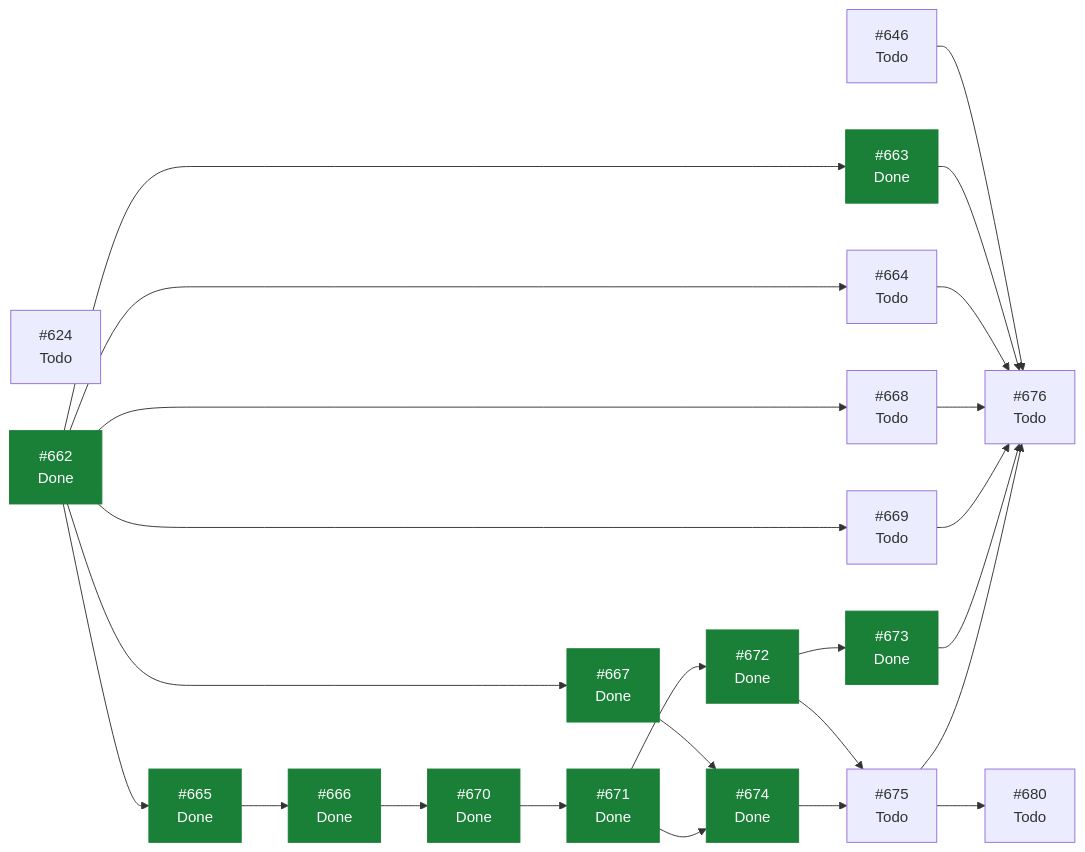
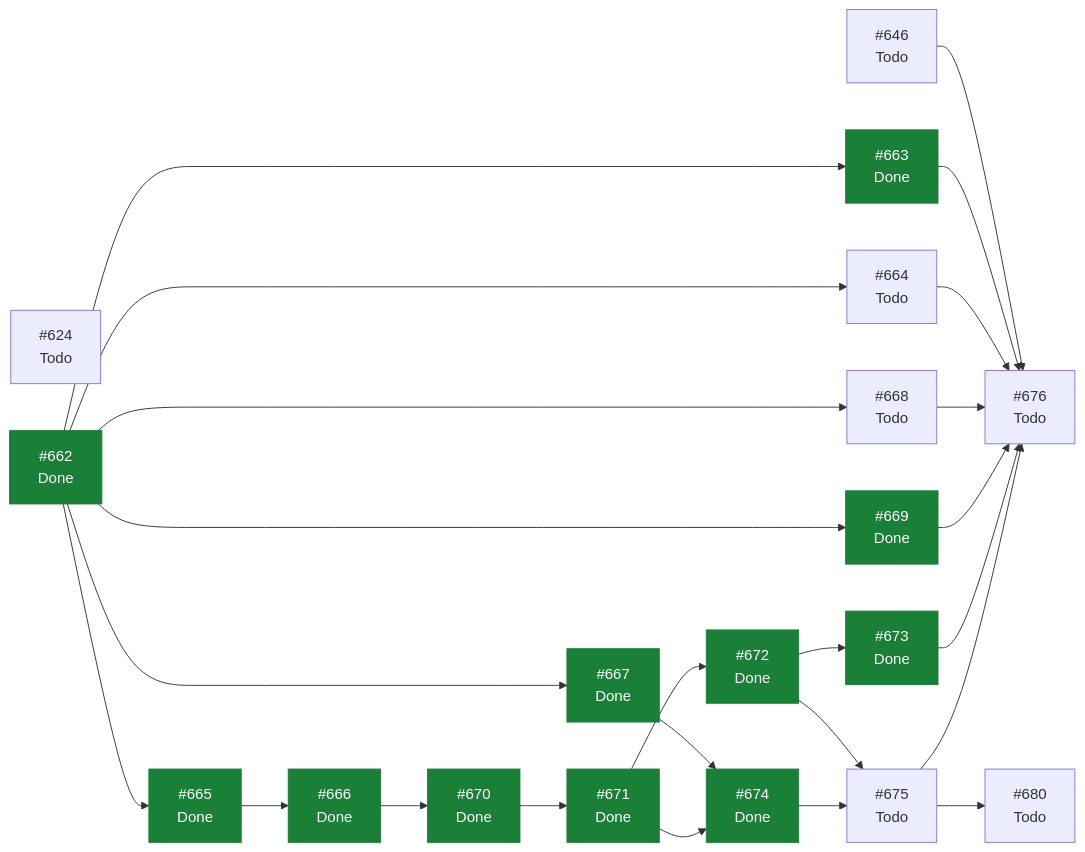
Before and after one commit to ecamp0s/evault: the diagram in docs/planning/STATUS.md, drawn with Mermaid. The commit also changed other lines of this file, not shown here.

````diff
--- a/docs/planning/STATUS.md
+++ b/docs/planning/STATUS.md
@@ -118,46 +117,46 @@
 ```mermaid
 graph LR
   I624["#624<br/>Todo"]
   I646["#646<br/>Todo"]
   I662["#662<br/>Done"]
   I663["#663<br/>Done"]
   I664["#664<br/>Todo"]
   I665["#665<br/>Done"]
   I666["#666<br/>Done"]
   I667["#667<br/>Done"]
   I668["#668<br/>Todo"]
-  I669["#669<br/>Todo"]
+  I669["#669<br/>Done"]
   I670["#670<br/>Done"]
   I671["#671<br/>Done"]
   I672["#672<br/>Done"]
   I673["#673<br/>Done"]
   I674["#674<br/>Done"]
   I675["#675<br/>Todo"]
   I676["#676<br/>Todo"]
   I680["#680<br/>Todo"]
   I646 --> I676
   I662 --> I663
   I662 --> I664
   I662 --> I665
   I662 --> I667
   I662 --> I668
   I662 --> I669
   I663 --> I676
   I664 --> I676
   I665 --> I666
   I666 --> I670
   I667 --> I674
   I668 --> I676
   I669 --> I676
   I670 --> I671
   I671 --> I672
   I671 --> I674
   I672 --> I673
   I672 --> I675
   I673 --> I676
   I674 --> I675
   I675 --> I676
   I675 --> I680
   classDef hecho fill:#1a7f37,stroke:#1a7f37,color:#fff;
-  class I662,I663,I665,I666,I667,I670,I671,I672,I673,I674 hecho;
+  class I662,I663,I665,I666,I667,I669,I670,I671,I672,I673,I674 hecho;
 ```
````
